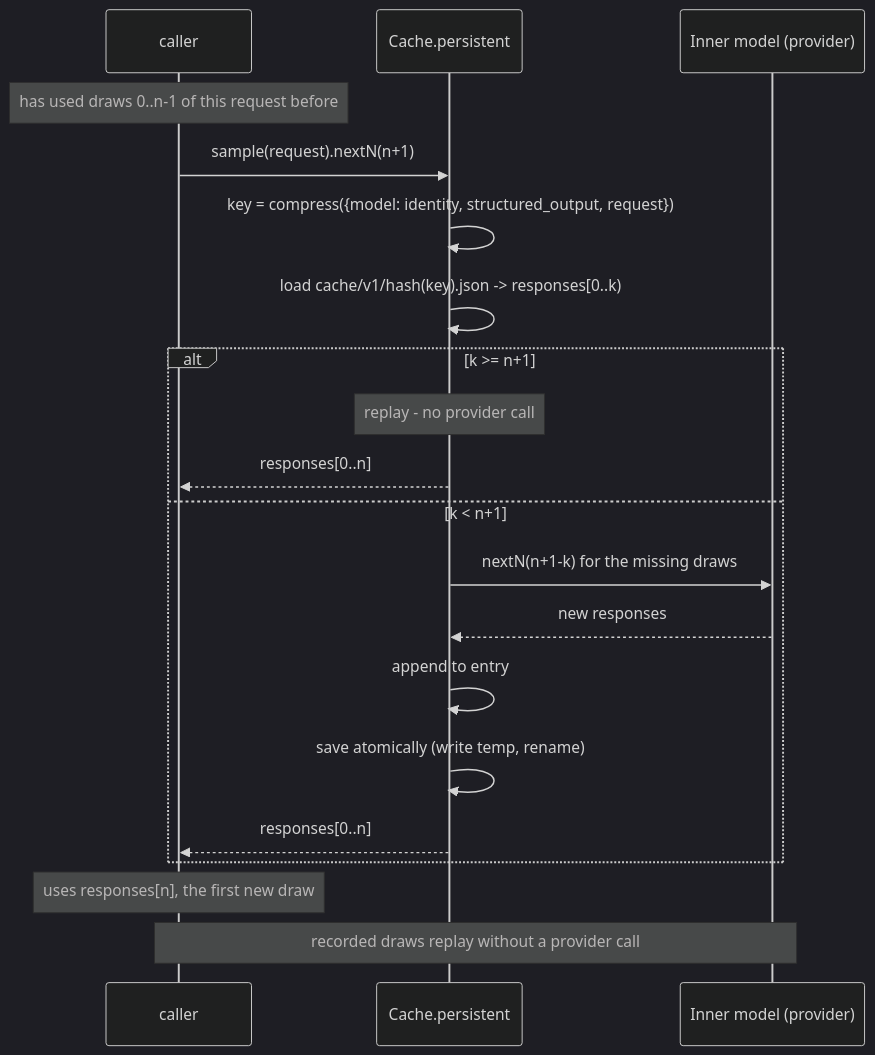
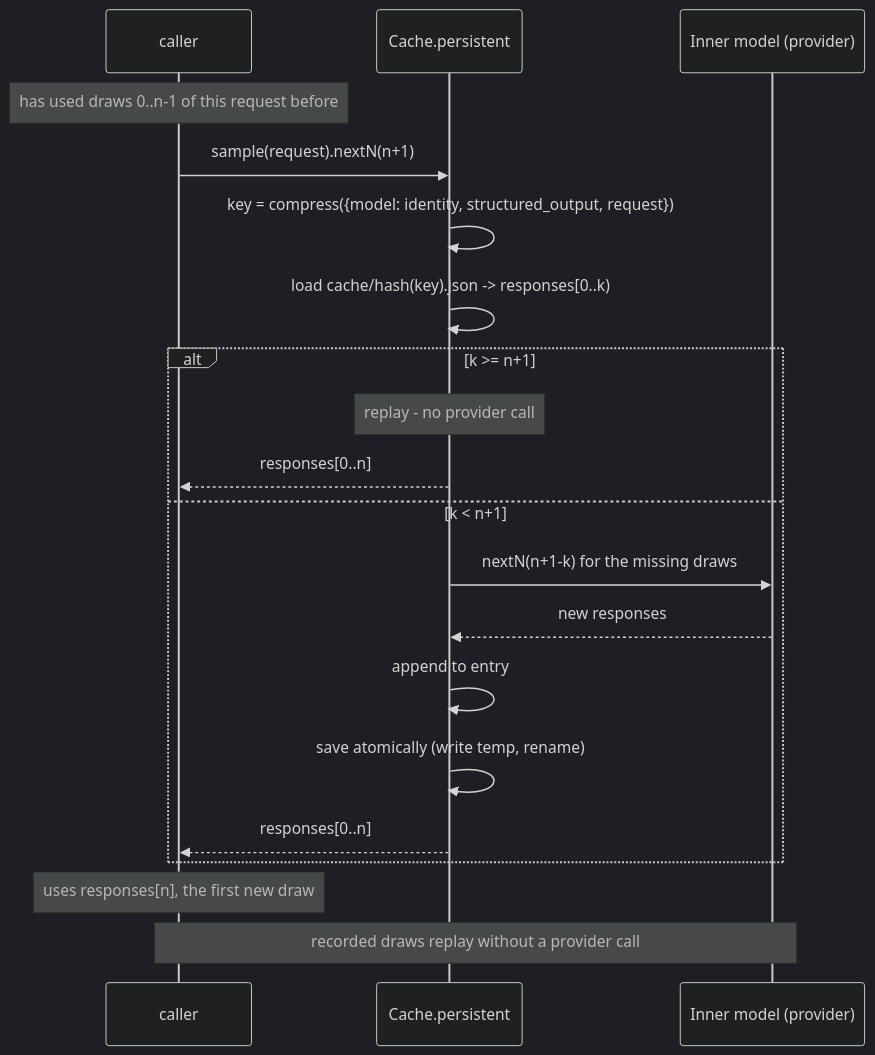
One commit to pku-xht/alaya changed the fourth of 4 diagrams in docs/llm-api.md. Above: the diagram before and after it, drawn with Mermaid (dark theme). The commit also changed other lines of this file and 12 other files, not shown here.

````diff
--- a/docs/llm-api.md
+++ b/docs/llm-api.md
@@ -378,23 +378,23 @@
 ```mermaid
 sequenceDiagram
     participant T as caller
     participant C as Cache.persistent
     participant M as Inner model (provider)
 
     Note over T: has used draws 0..n-1 of this request before
     T->>C: sample(request).nextN(n+1)
     C->>C: key = compress({model: identity, structured_output, request})
-    C->>C: load cache/v1/hash(key).json -> responses[0..k)
+    C->>C: load cache/hash(key).json -> responses[0..k)
     alt k >= n+1
         Note over C: replay - no provider call
         C-->>T: responses[0..n]
     else k < n+1
         C->>M: nextN(n+1-k) for the missing draws
         M-->>C: new responses
         C->>C: append to entry
         C->>C: save atomically (write temp, rename)
         C-->>T: responses[0..n]
     end
     Note over T: uses responses[n], the first new draw
     Note over T,M: recorded draws replay without a provider call
 ```
````
